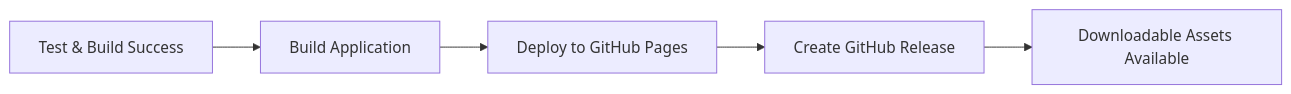
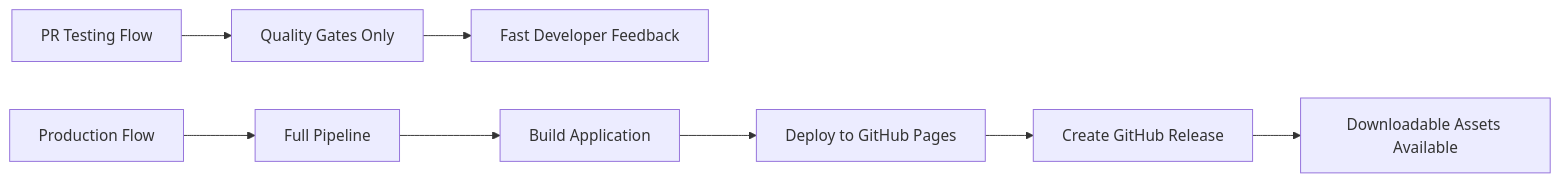
The diagram in docs/DEPLOYMENT.md (StargrrlMoonlight/SettingUpMcpServers), drawn with Mermaid before and after one commit. The commit also changed other lines of this file and 10 other files, not shown here.

````diff
--- a/docs/DEPLOYMENT.md
+++ b/docs/DEPLOYMENT.md
@@ -8,7 +8,11 @@
 ```mermaid
 graph LR
-    A[Test & Build Success] --> B[Build Application]
-    B --> C[Deploy to GitHub Pages]
-    C --> D[Create GitHub Release]
-    D --> E[Downloadable Assets Available]
+    A[PR Testing Flow] --> B[Quality Gates Only]
+    B --> C[Fast Developer Feedback]
+    
+    D[Production Flow] --> E[Full Pipeline]
+    E --> F[Build Application]
+    F --> G[Deploy to GitHub Pages]
+    G --> H[Create GitHub Release]
+    H --> I[Downloadable Assets Available]
 ```
````
